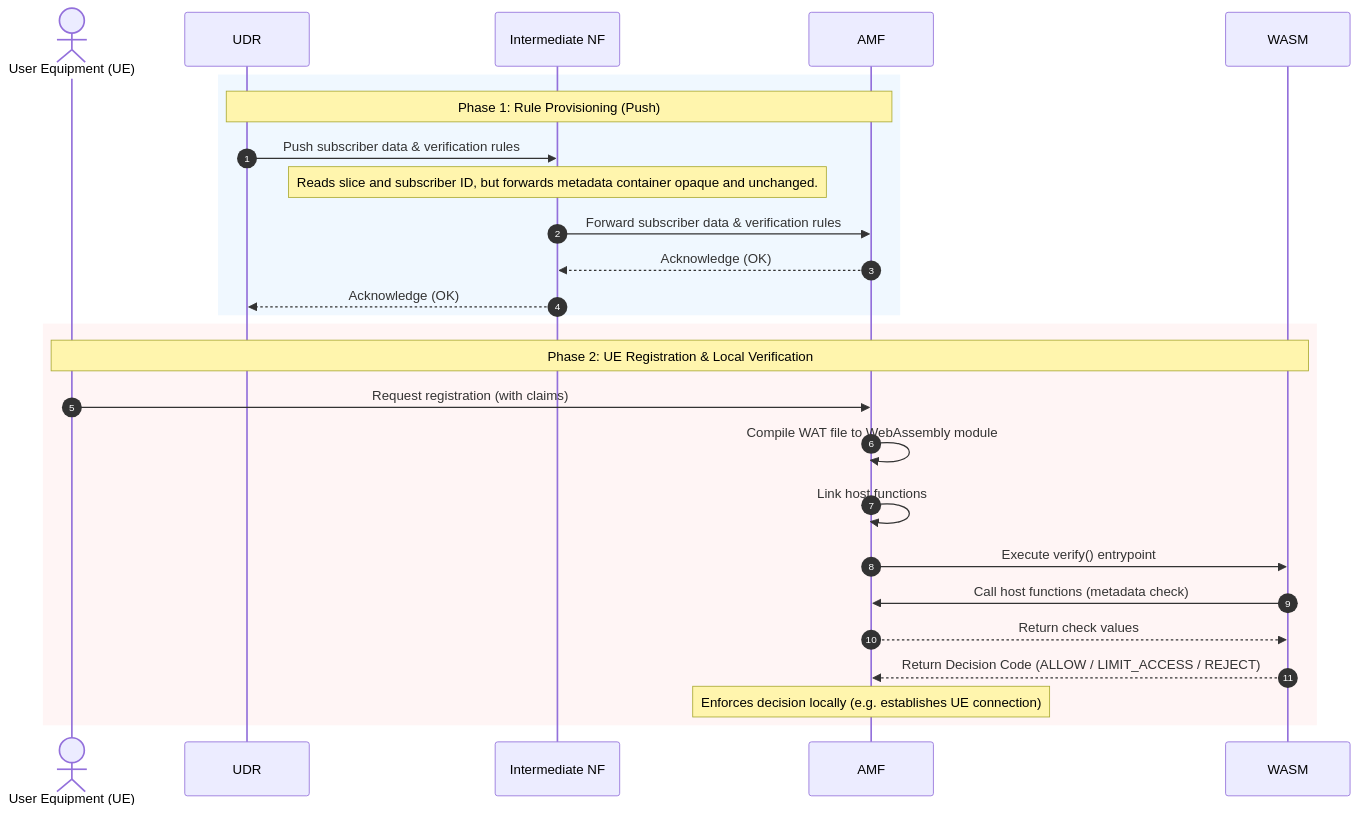
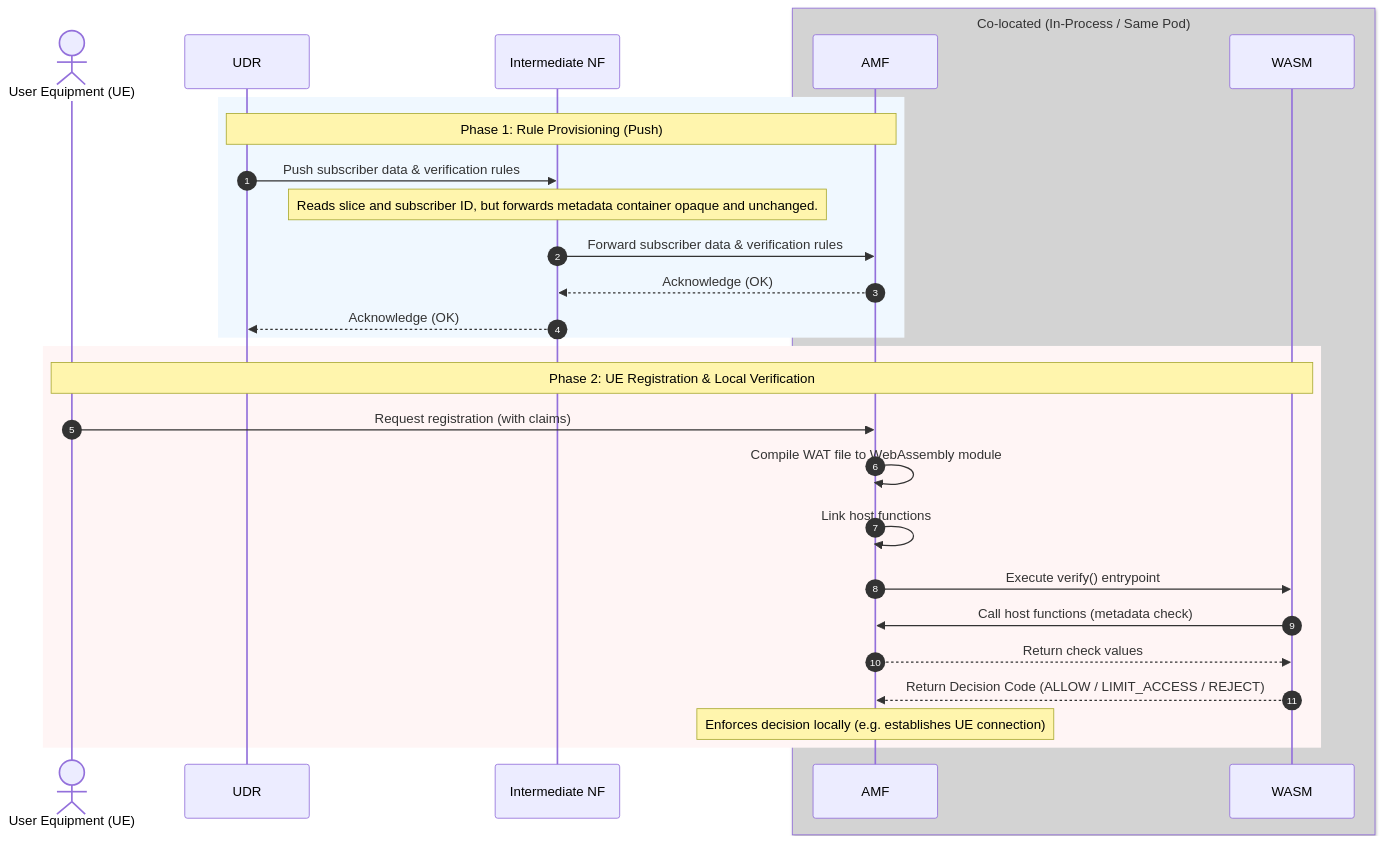
One commit to acore2026/programmable-para changed the diagram in README.md. Above: the diagram before and after it, drawn with Mermaid.

Commit message:
docs: add visual co-location boxes for AMF and WASM in sequence diagrams

````diff
--- a/README.md
+++ b/README.md
@@ -44,32 +44,35 @@
 ```mermaid
 sequenceDiagram
     autonumber
     actor UE as User Equipment (UE)
     participant UDR as UDR
     participant INF as Intermediate NF
+    
+    box LightGray Co-located (In-Process / Same Pod)
     participant AMF as AMF
     participant WASM as WASM
+    end
 
     rect rgb(240, 248, 255)
     Note over UDR, AMF: Phase 1: Rule Provisioning (Push)
     UDR->>INF: Push subscriber data & verification rules
     Note over INF: Reads slice and subscriber ID, but forwards metadata container opaque and unchanged.
     INF->>AMF: Forward subscriber data & verification rules
     AMF-->>INF: Acknowledge (OK)
     INF-->>UDR: Acknowledge (OK)
     end
 
     rect rgb(255, 245, 245)
     Note over UE, WASM: Phase 2: UE Registration & Local Verification
     UE->>AMF: Request registration (with claims)
     AMF->>AMF: Compile WAT file to WebAssembly module
     AMF->>AMF: Link host functions
     AMF->>WASM: Execute verify() entrypoint
     
     WASM->>AMF: Call host functions (metadata check)
     AMF-->>WASM: Return check values
     
     WASM-->>AMF: Return Decision Code (ALLOW / LIMIT_ACCESS / REJECT)
     Note over AMF: Enforces decision locally (e.g. establishes UE connection)
     end
 ```
````
